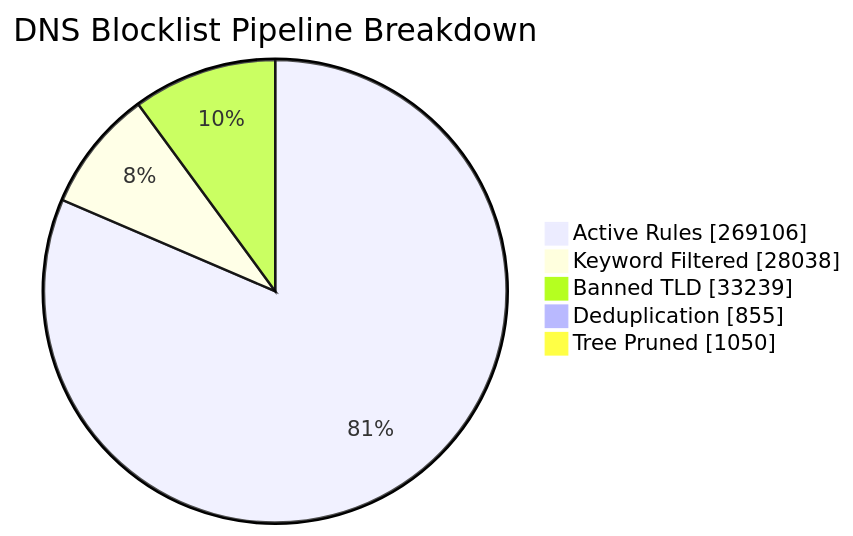
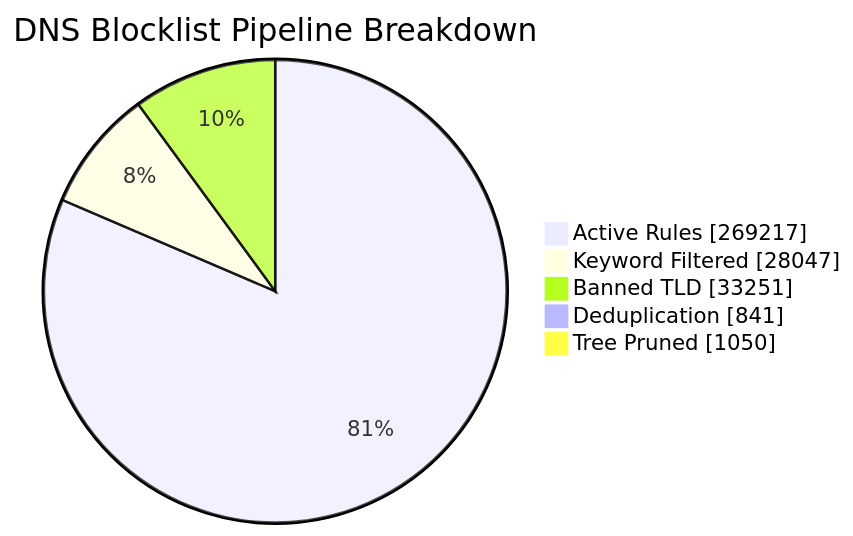
The first of 6 diagrams in README_STATS.md (brojangles24/Cloudflare-ZeroTrust-AdBlock), drawn with Mermaid before and after one commit. The commit also changed other lines of this file and 1 other file, not shown here.

````diff
--- a/README_STATS.md
+++ b/README_STATS.md
@@ -41,8 +41,8 @@
 ```mermaid
 pie showData title DNS Blocklist Pipeline Breakdown
-    "Active Rules"     : 269106
-    "Keyword Filtered" : 28038
-    "Banned TLD"       : 33239
-    "Deduplication"    : 855
+    "Active Rules"     : 269217
+    "Keyword Filtered" : 28047
+    "Banned TLD"       : 33251
+    "Deduplication"    : 841
     "Tree Pruned"      : 1050
 ```
````
